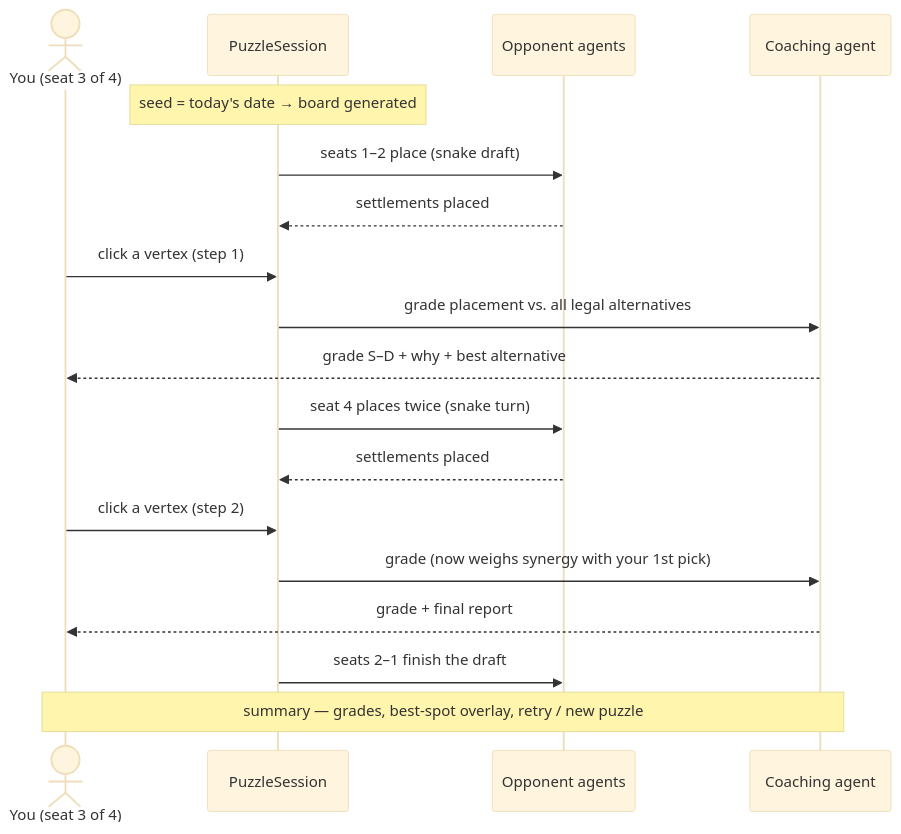
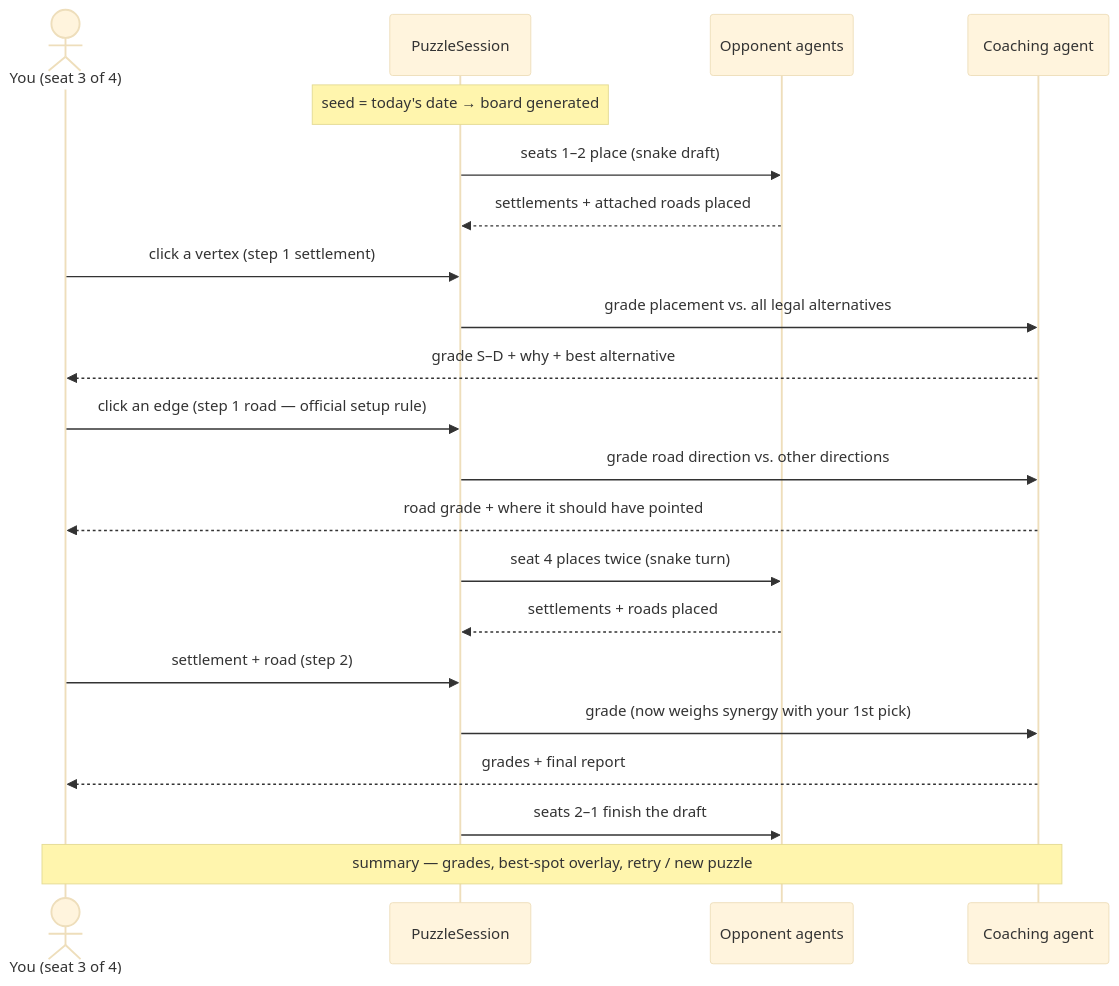
One commit to kmart2002/Daily_Puzzle changed the second of 3 diagrams in tabletop-trainer/docs/ARCHITECTURE.md. Above: the diagram before and after it, drawn with Mermaid (base theme). The commit also changed 14 other files, not shown here.

First line of the commit message:
Place settlement and attached road together during setup, per official rules

````diff
--- a/tabletop-trainer/docs/ARCHITECTURE.md
+++ b/tabletop-trainer/docs/ARCHITECTURE.md
@@ -41,21 +41,24 @@
 ```mermaid
 sequenceDiagram
     actor U as You (seat 3 of 4)
     participant S as PuzzleSession
     participant O as Opponent agents
     participant C as Coaching agent
 
     Note over S: seed = today's date → board generated
     S->>O: seats 1–2 place (snake draft)
-    O-->>S: settlements placed
-    U->>S: click a vertex (step 1)
+    O-->>S: settlements + attached roads placed
+    U->>S: click a vertex (step 1 settlement)
     S->>C: grade placement vs. all legal alternatives
     C-->>U: grade S–D + why + best alternative
+    U->>S: click an edge (step 1 road — official setup rule)
+    S->>C: grade road direction vs. other directions
+    C-->>U: road grade + where it should have pointed
     S->>O: seat 4 places twice (snake turn)
-    O-->>S: settlements placed
-    U->>S: click a vertex (step 2)
+    O-->>S: settlements + roads placed
+    U->>S: settlement + road (step 2)
     S->>C: grade (now weighs synergy with your 1st pick)
-    C-->>U: grade + final report
+    C-->>U: grades + final report
     S->>O: seats 2–1 finish the draft
     Note over U,C: summary — grades, best-spot overlay, retry / new puzzle
 ```
````
